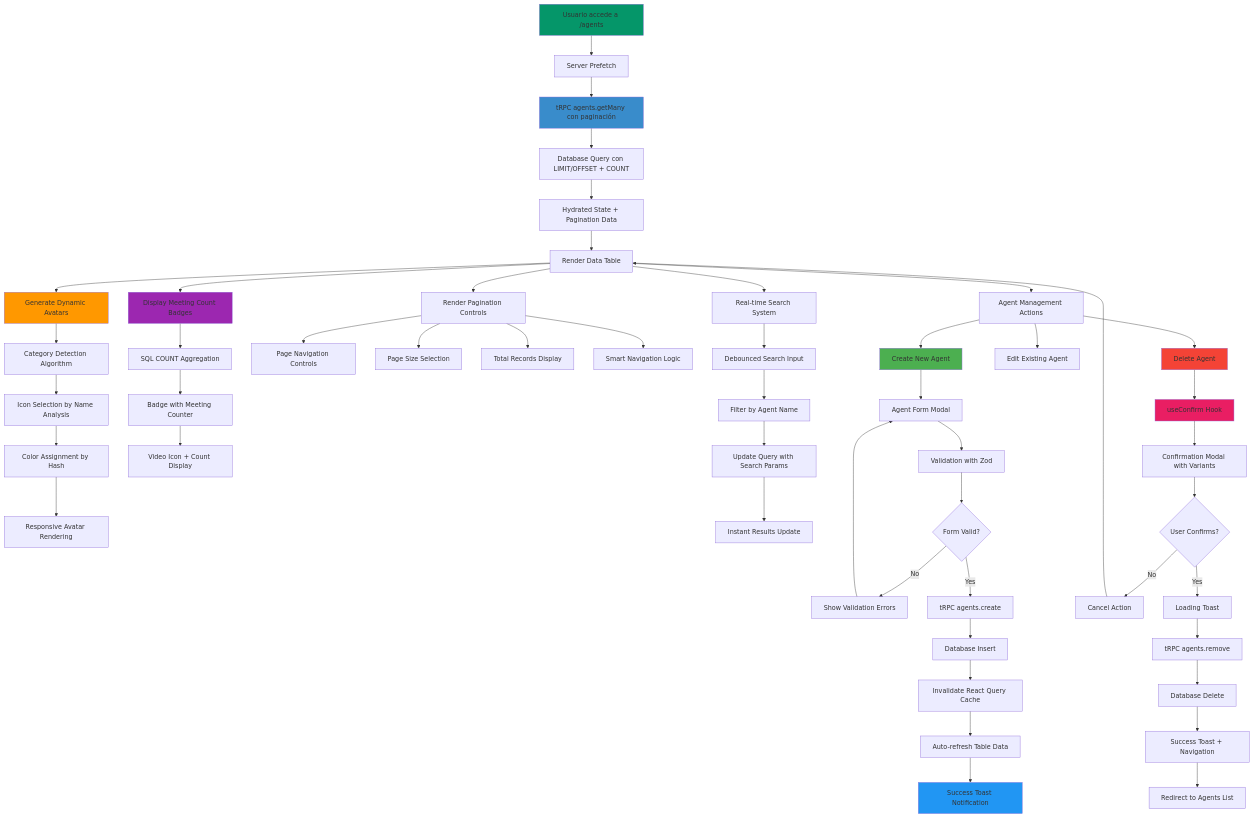
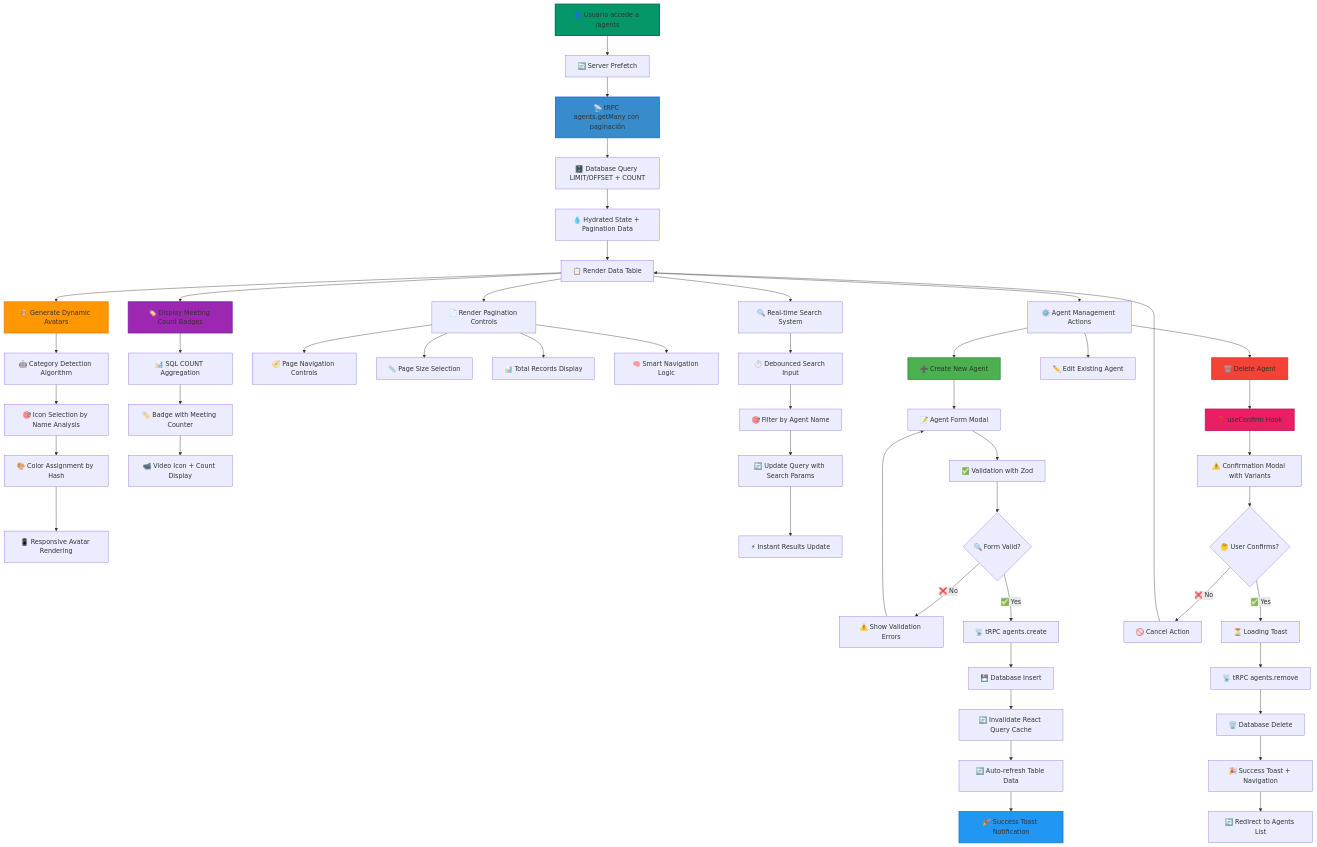
The second of 9 diagrams in README.md (felipesanchez-dev/agentesia), drawn with Mermaid before and after one commit. The commit also changed other lines of this file, not shown here.

Commit message:
Implement feature X to enhance user experience and fix bug Y in module Z

````diff
--- a/README.md
+++ b/README.md
@@ -247,71 +531,71 @@
 ```mermaid
 flowchart TD
-    A[Usuario accede a /agents] --> B[Server Prefetch]
-    B --> C[tRPC agents.getMany con paginación]
-    C --> D[Database Query con LIMIT/OFFSET + COUNT]
-    D --> E[Hydrated State + Pagination Data]
+    A[👤 Usuario accede a /agents] --> B[🔄 Server Prefetch]
+    B --> C[📡 tRPC agents.getMany con paginación]
+    C --> D[🗄️ Database Query LIMIT/OFFSET + COUNT]
+    D --> E[💧 Hydrated State + Pagination Data]
 
-    E --> F[Render Data Table]
-    F --> G[Generate Dynamic Avatars]
-    F --> H[Display Meeting Count Badges]
-    F --> I[Render Pagination Controls]
+    E --> F[📋 Render Data Table]
+    F --> G[🎨 Generate Dynamic Avatars]
+    F --> H[🏷️ Display Meeting Count Badges]
+    F --> I[📄 Render Pagination Controls]
 
-    G --> J[Category Detection Algorithm]
-    J --> K[Icon Selection by Name Analysis]
-    K --> L[Color Assignment by Hash]
-    L --> M[Responsive Avatar Rendering]
+    G --> J[🤖 Category Detection Algorithm]
+    J --> K[🎯 Icon Selection by Name Analysis]
+    K --> L[🎨 Color Assignment by Hash]
+    L --> M[📱 Responsive Avatar Rendering]
 
-    H --> N[SQL COUNT Aggregation]
-    N --> O[Badge with Meeting Counter]
-    O --> P[Video Icon + Count Display]
+    H --> N[📊 SQL COUNT Aggregation]
+    N --> O[🏷️ Badge with Meeting Counter]
+    O --> P[📹 Video Icon + Count Display]
 
-    I --> Q[Page Navigation Controls]
-    I --> R[Page Size Selection]
-    I --> S[Total Records Display]
-    I --> T[Smart Navigation Logic]
+    I --> Q[🧭 Page Navigation Controls]
+    I --> R[📏 Page Size Selection]
+    I --> S[📊 Total Records Display]
+    I --> T[🧠 Smart Navigation Logic]
 
-    F --> U[Real-time Search System]
-    U --> V[Debounced Search Input]
-    V --> W[Filter by Agent Name]
-    W --> X[Update Query with Search Params]
-    X --> Y[Instant Results Update]
+    F --> U[🔍 Real-time Search System]
+    U --> V[⏱️ Debounced Search Input]
+    V --> W[🎯 Filter by Agent Name]
+    W --> X[🔄 Update Query with Search Params]
+    X --> Y[⚡ Instant Results Update]
 
-    F --> Z[Agent Management Actions]
-    Z --> AA[Create New Agent]
-    Z --> AB[Edit Existing Agent]
-    Z --> AC[Delete Agent]
+    F --> Z[⚙️ Agent Management Actions]
+    Z --> AA[➕ Create New Agent]
+    Z --> AB[✏️ Edit Existing Agent]
+    Z --> AC[🗑️ Delete Agent]
 
-    AA --> AD[Agent Form Modal]
-    AD --> AE[Validation with Zod]
-    AE --> AF{Form Valid?}
-    AF -->|No| AG[Show Validation Errors]
-    AF -->|Yes| AH[tRPC agents.create]
+    AA --> AD[📝 Agent Form Modal]
+    AD --> AE[✅ Validation with Zod]
+    AE --> AF{🔍 Form Valid?}
+    AF -->|❌ No| AG[⚠️ Show Validation Errors]
+    AF -->|✅ Yes| AH[📡 tRPC agents.create]
 
-    AH --> AI[Database Insert]
-    AI --> AJ[Invalidate React Query Cache]
-    AJ --> AK[Auto-refresh Table Data]
-    AK --> AL[Success Toast Notification]
+    AH --> AI[💾 Database Insert]
+    AI --> AJ[🔄 Invalidate React Query Cache]
+    AJ --> AK[🔄 Auto-refresh Table Data]
+    AK --> AL[🎉 Success Toast Notification]
 
-    AC --> AM[useConfirm Hook]
-    AM --> AN[Confirmation Modal with Variants]
-    AN --> AO{User Confirms?}
-    AO -->|No| AP[Cancel Action]
-    AO -->|Yes| AQ[Loading Toast]
+    AC --> AM[❓ useConfirm Hook]
+    AM --> AN[⚠️ Confirmation Modal with Variants]
+    AN --> AO{🤔 User Confirms?}
+    AO -->|❌ No| AP[🚫 Cancel Action]
+    AO -->|✅ Yes| AQ[⏳ Loading Toast]
 
-    AQ --> AR[tRPC agents.remove]
-    AR --> AS[Database Delete]
-    AS --> AT[Success Toast + Navigation]
-    AT --> AU[Redirect to Agents List]
+    AQ --> AR[📡 tRPC agents.remove]
+    AR --> AS[🗑️ Database Delete]
+    AS --> AT[🎉 Success Toast + Navigation]
+    AT --> AU[🔄 Redirect to Agents List]
 
     AG --> AD
     AP --> F
 
-    style A fill:#059669
-    style C fill:#398CCB
-    style G fill:#ff9800
-    style H fill:#9c27b0
-    style AA fill:#4caf50
-    style AC fill:#f44336
-    style AL fill:#2196f3
-    style AM fill:#e91e63
+    style A fill:#059669,stroke:#047857,stroke-width:3px
+    style C fill:#398CCB,stroke:#2563eb,stroke-width:2px
+    style G fill:#ff9800,stroke:#f57c00,stroke-width:2px
+    style H fill:#9c27b0,stroke:#7b1fa2,stroke-width:2px
+    style AA fill:#4caf50,stroke:#388e3c,stroke-width:2px
+    style AC fill:#f44336,stroke:#d32f2f,stroke-width:2px
+    style AL fill:#2196f3,stroke:#1976d2,stroke-width:2px
+    style AM fill:#e91e63,stroke:#c2185b,stroke-width:2px
 ```
````
